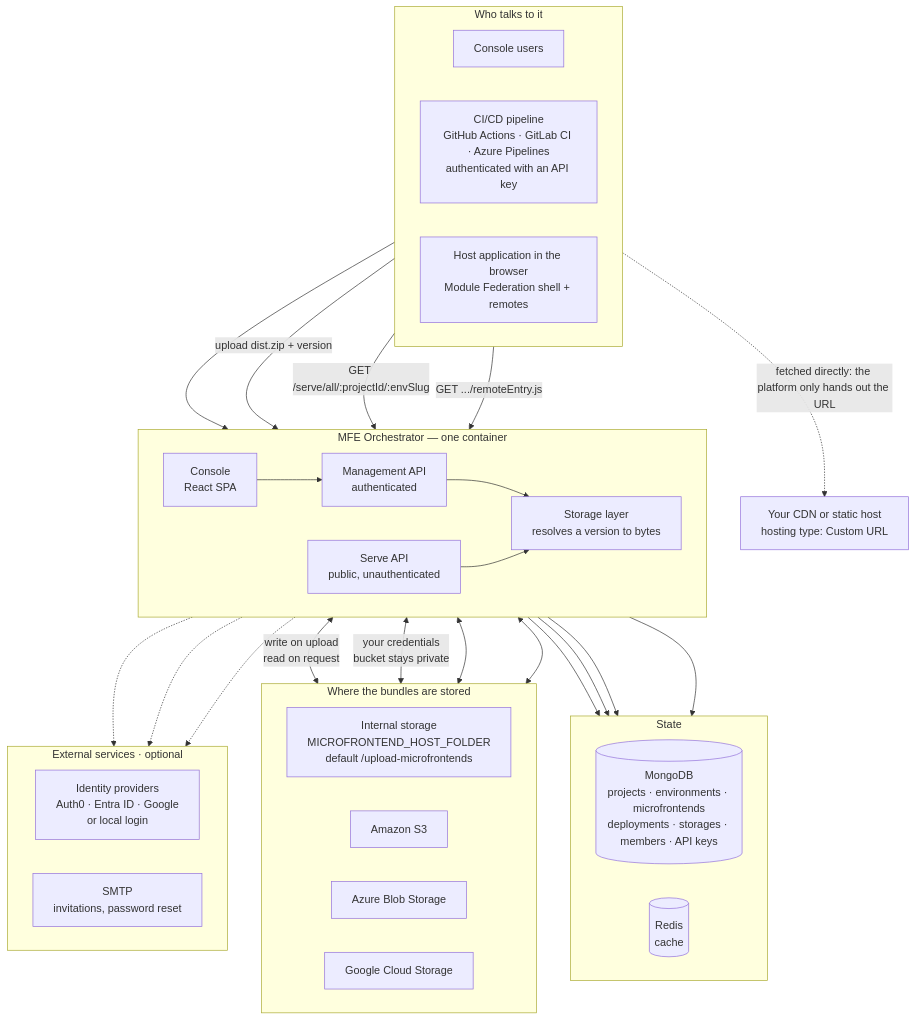
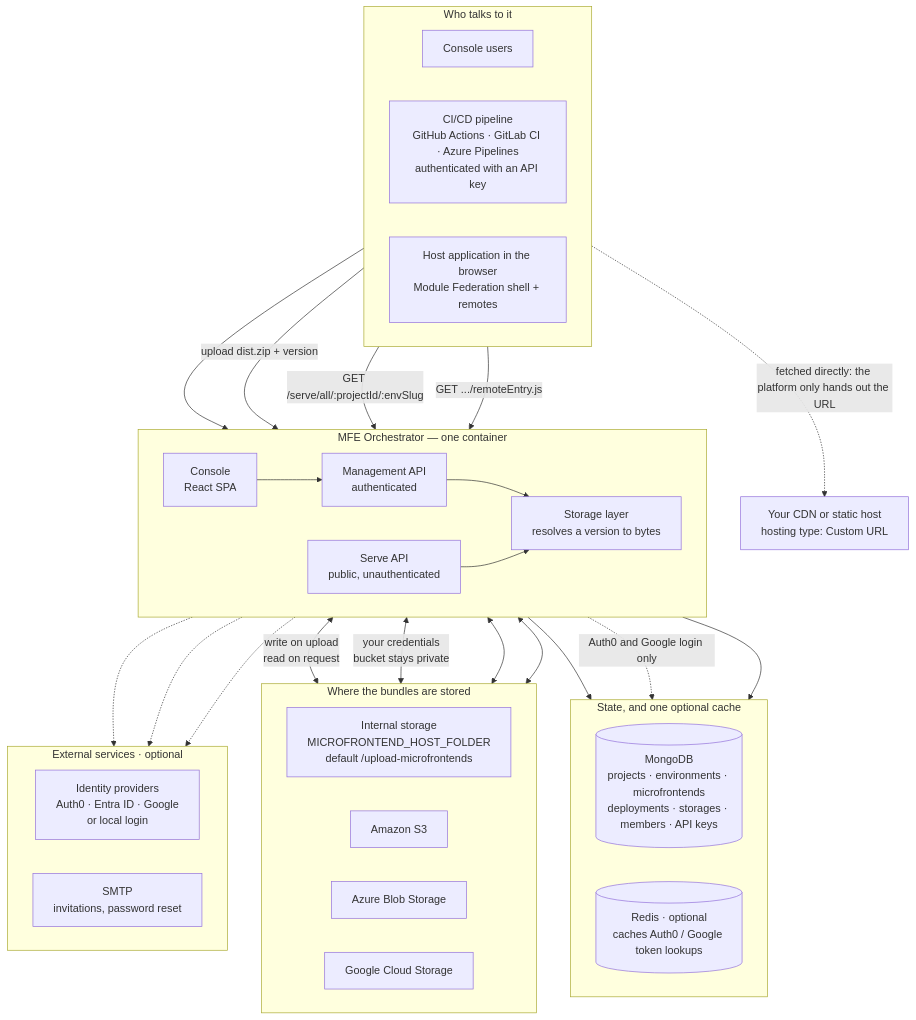
One commit to mfe-orchestrator/documentation changed the first of 4 diagrams in docs/architecture.md. Above: the diagram before and after it, drawn with Mermaid. The commit also changed other lines of this file and 14 other files, not shown here.

````diff
--- a/docs/architecture.md
+++ b/docs/architecture.md
@@ -25,63 +27,62 @@
 ```mermaid
 flowchart TB
     subgraph clients["Who talks to it"]
         direction LR
         people["Console users"]
         ci["CI/CD pipeline<br/>GitHub Actions · GitLab CI · Azure Pipelines<br/>authenticated with an API key"]
         browser["Host application in the browser<br/>Module Federation shell + remotes"]
     end
 
     subgraph orch["MFE Orchestrator — one container"]
         direction LR
         console["Console<br/>React SPA"]
         mgmt["Management API<br/>authenticated"]
         serve["Serve API<br/>public, unauthenticated"]
         storage["Storage layer<br/>resolves a version to bytes"]
     end
 
-    subgraph state["State"]
+    subgraph state["State, and one optional cache"]
         direction LR
         mongo[("MongoDB<br/>projects · environments · microfrontends<br/>deployments · storages · members · API keys")]
-        redis[("Redis<br/>cache")]
+        redis[("Redis · optional<br/>caches Auth0 / Google token lookups")]
     end
 
     subgraph artifacts["Where the bundles are stored"]
         direction LR
         internal["Internal storage<br/>MICROFRONTEND_HOST_FOLDER<br/>default /upload-microfrontends"]
         s3["Amazon S3"]
         blob["Azure Blob Storage"]
         gcs["Google Cloud Storage"]
     end
 
     subgraph optional["External services · optional"]
         direction LR
         idp["Identity providers<br/>Auth0 · Entra ID · Google<br/>or local login"]
         smtp["SMTP<br/>invitations, password reset"]
     end
 
     ext["Your CDN or static host<br/>hosting type: Custom URL"]
 
     people --> console
     console --> mgmt
     ci -->|"upload dist.zip + version"| mgmt
     browser -->|"GET /serve/all/:projectId/:envSlug"| serve
     browser -->|"GET .../remoteEntry.js"| serve
 
     mgmt --> storage
     serve --> storage
     mgmt --> mongo
-    mgmt --> redis
+    mgmt -.->|"Auth0 and Google login only"| redis
     serve --> mongo
-    serve --> redis
 
     console -.-> idp
     mgmt -.-> idp
     mgmt -.-> smtp
 
     storage <-->|"write on upload<br/>read on request"| internal
     storage <-->|"your credentials<br/>bucket stays private"| s3
     storage <--> blob
     storage <--> gcs
 
     browser -.->|"fetched directly: the platform only hands out the URL"| ext
 ```
````
